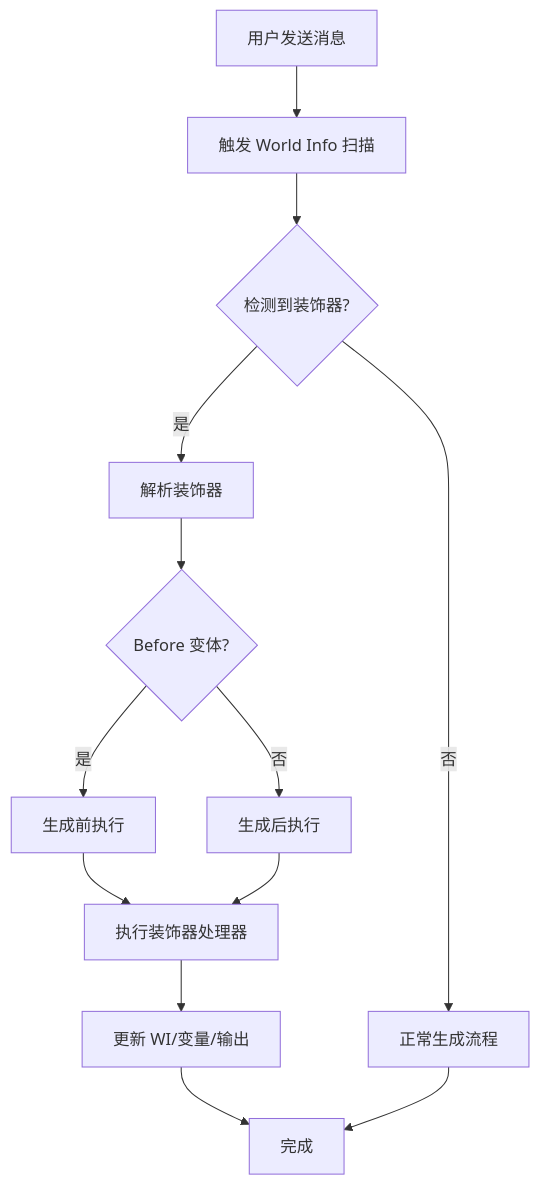
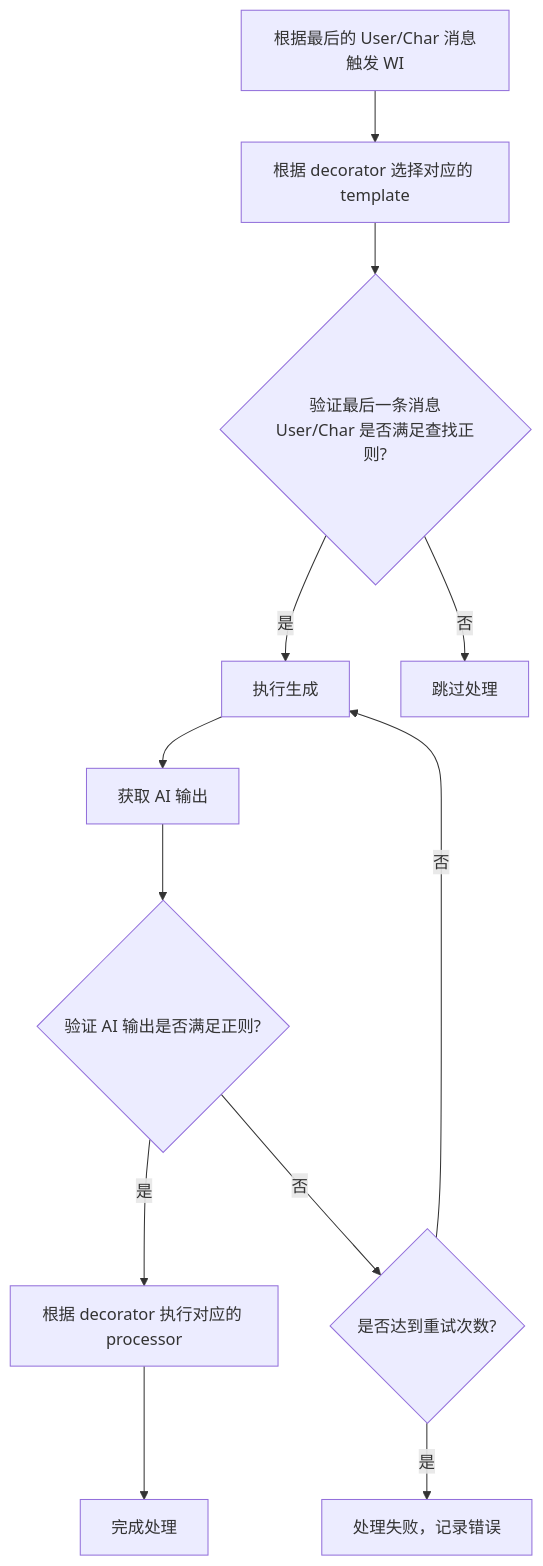
One commit to zonde306/ST-CustomGeneration changed the second of 2 diagrams in docs/DECORATORS.md. Above: the diagram before and after it, drawn with Mermaid. The commit also changed other lines of this file and 5 other files, not shown here.

````diff
--- a/docs/DECORATORS.md
+++ b/docs/DECORATORS.md
@@ -61,15 +163,14 @@
 ```mermaid
 flowchart TD
-    A[用户发送消息] --> B[触发 World Info 扫描]
-    B --> C{检测到装饰器?}
-    C -->|是| D[解析装饰器]
-    C -->|否| E[正常生成流程]
-    D --> F{Before 变体?}
-    F -->|是| G[生成前执行]
-    F -->|否| H[生成后执行]
-    G --> I[执行装饰器处理器]
-    H --> I
-    I --> J[更新 WI/变量/输出]
-    J --> K[完成]
-    E --> K
+    A[根据最后的 User/Char 消息触发 WI] --> B[根据 decorator 选择对应的 template]
+    B --> C{验证最后一条消息<br/>User/Char 是否满足查找正则?}
+    C -->|是| D[执行生成]
+    C -->|否| E[跳过处理]
+    D --> F[获取 AI 输出]
+    F --> G{验证 AI 输出是否满足正则?}
+    G -->|是| H[根据 decorator 执行对应的 processor]
+    G -->|否| I{是否达到重试次数?}
+    I -->|否| D
+    I -->|是| J[处理失败，记录错误]
+    H --> K[完成处理]
 ```
````
